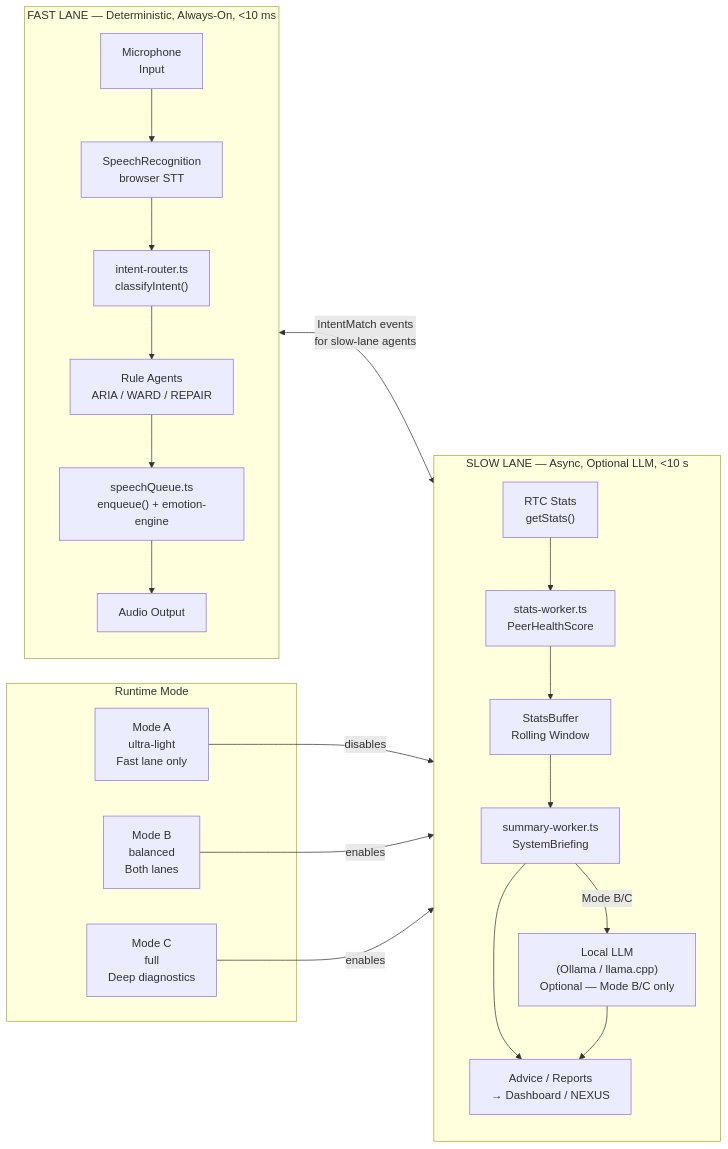
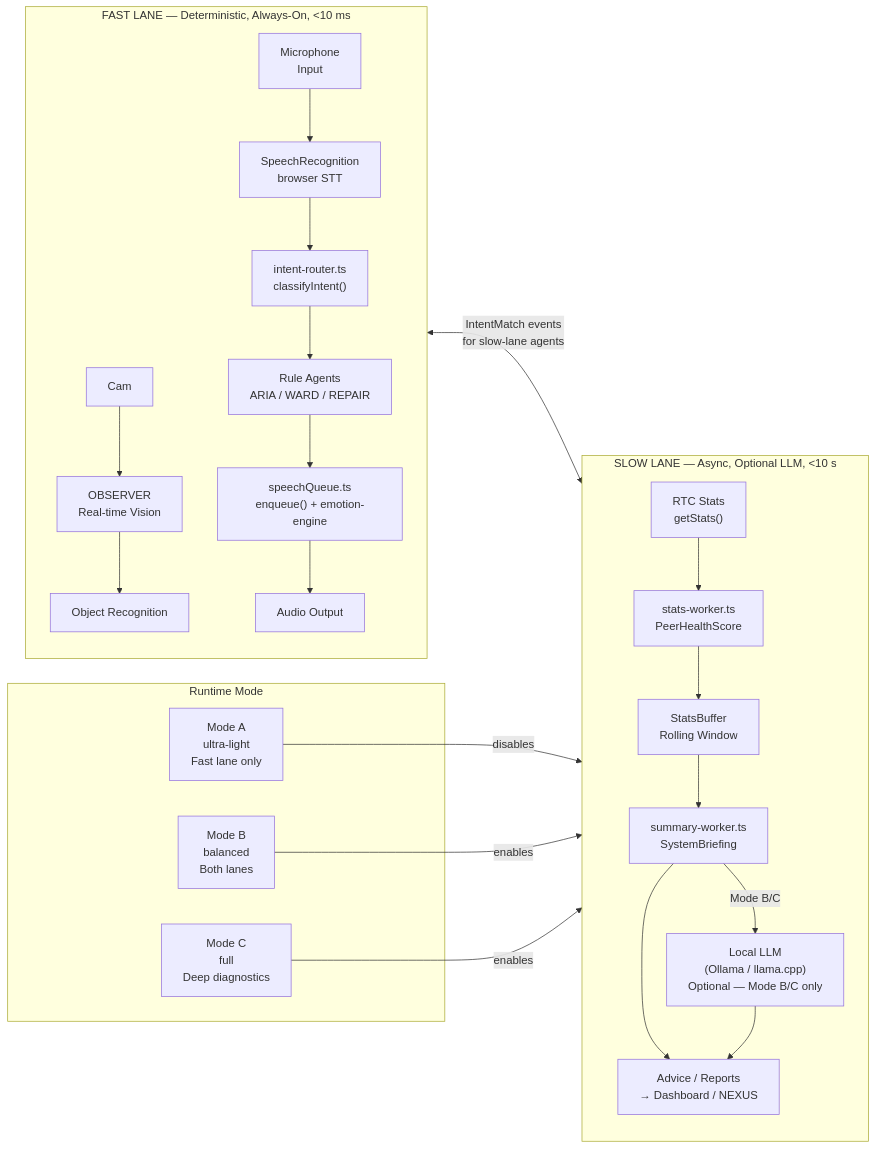
Before and after one commit to 4citeB4U/LeeWay-Edge-RTC: the second of 11 diagrams in docs/guardian-core.md, drawn with Mermaid. The commit also changed other lines of this file and 71 other files, not shown here.

````diff
--- a/docs/guardian-core.md
+++ b/docs/guardian-core.md
@@ -119,38 +120,39 @@
 ```mermaid
 flowchart LR
   subgraph FAST["FAST LANE — Deterministic, Always-On, &lt;10 ms"]
     direction TB
     MIC2["Microphone\nInput"]
     STT["SpeechRecognition\nbrowser STT"]
     IR2["intent-router.ts\nclassifyIntent()"]
     RA["Rule Agents\nARIA / WARD / REPAIR"]
+    CAM["Cam"] --> OBS["OBSERVER\nReal-time Vision"] --> VISION["Object Recognition"]
     TTS2["speechQueue.ts\nenqueue() + emotion-engine"]
     OUT["Audio Output"]
     MIC2 --> STT --> IR2 --> RA --> TTS2 --> OUT
   end
 
   subgraph SLOW["SLOW LANE — Async, Optional LLM, &lt;10 s"]
     direction TB
     STATS["RTC Stats\ngetStats()"]
     SW2["stats-worker.ts\nPeerHealthScore"]
     BUF["StatsBuffer\nRolling Window"]
     SUM2["summary-worker.ts\nSystemBriefing"]
     LLM["Local LLM\n(Ollama / llama.cpp)\nOptional — Mode B/C only"]
     ADV["Advice / Reports\n→ Dashboard / NEXUS"]
     STATS --> SW2 --> BUF --> SUM2
     SUM2 -->|"Mode B/C"| LLM
     SUM2 --> ADV
     LLM --> ADV
   end
 
   subgraph MODE["Runtime Mode"]
     MA["Mode A\nultra-light\nFast lane only"]
     MB["Mode B\nbalanced\nBoth lanes"]
     MC["Mode C\nfull\nDeep diagnostics"]
   end
 
   FAST <-->|"IntentMatch events\nfor slow-lane agents"| SLOW
   MA -->|"disables"| SLOW
   MB -->|"enables"| SLOW
   MC -->|"enables"| SLOW
 ```
````
